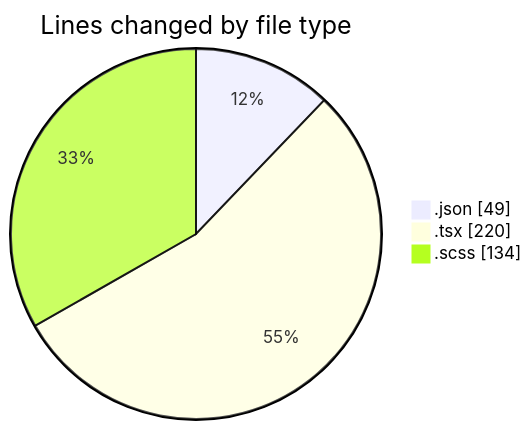
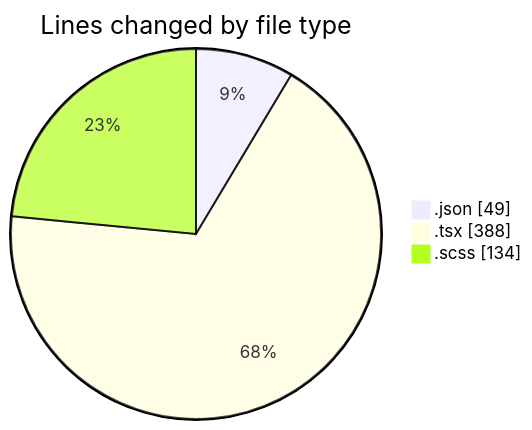
The first of 2 diagrams in 2025-08-20/cda/README.md (momahboobian/code-tracking), drawn with Mermaid before and after one commit. The commit also changed other lines of this file and 1 other file, not shown here.

````diff
--- a/2025-08-20/cda/README.md
+++ b/2025-08-20/cda/README.md
@@ -22,7 +23,7 @@
 ```mermaid
 pie showData
 title Lines changed by file type
 ".json" : 49
-".tsx" : 220
+".tsx" : 388
 ".scss" : 134
 ```
````
